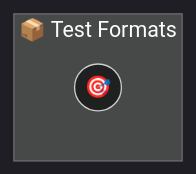
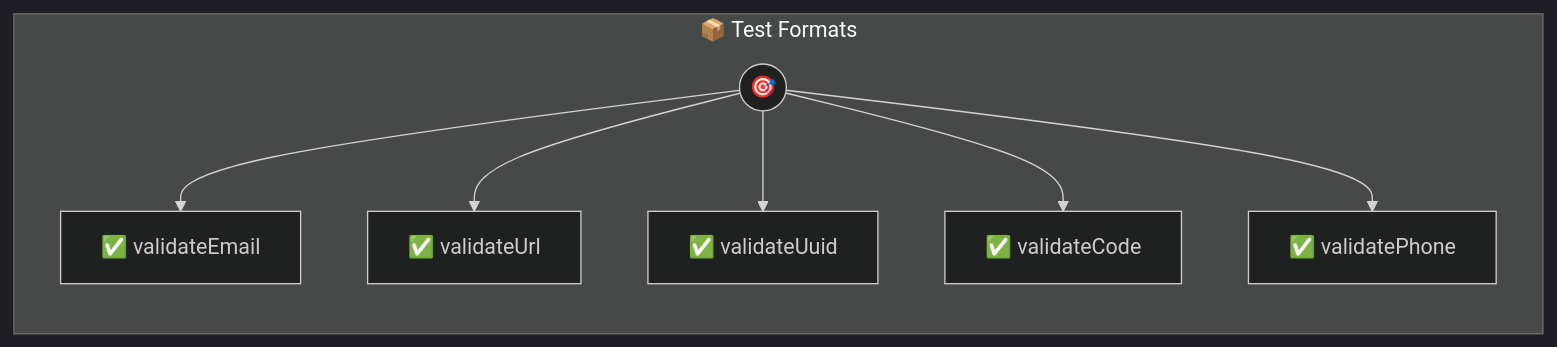
One commit to portel-dev/photons changed the diagram in test-formats.md. Above: the diagram before and after it, drawn with Mermaid (dark theme). The commit also changed other lines of this file and 13 other files, not shown here.

````diff
--- a/test-formats.md
+++ b/test-formats.md
@@ -25,7 +103,17 @@
 ```mermaid
 flowchart LR
     subgraph test_formats["📦 Test Formats"]
         direction TB
         PHOTON((🎯))
+        T0[✅ validateEmail]
+        PHOTON --> T0
+        T1[✅ validateUrl]
+        PHOTON --> T1
+        T2[✅ validateUuid]
+        PHOTON --> T2
+        T3[✅ validateCode]
+        PHOTON --> T3
+        T4[✅ validatePhone]
+        PHOTON --> T4
     end
 ```
````
